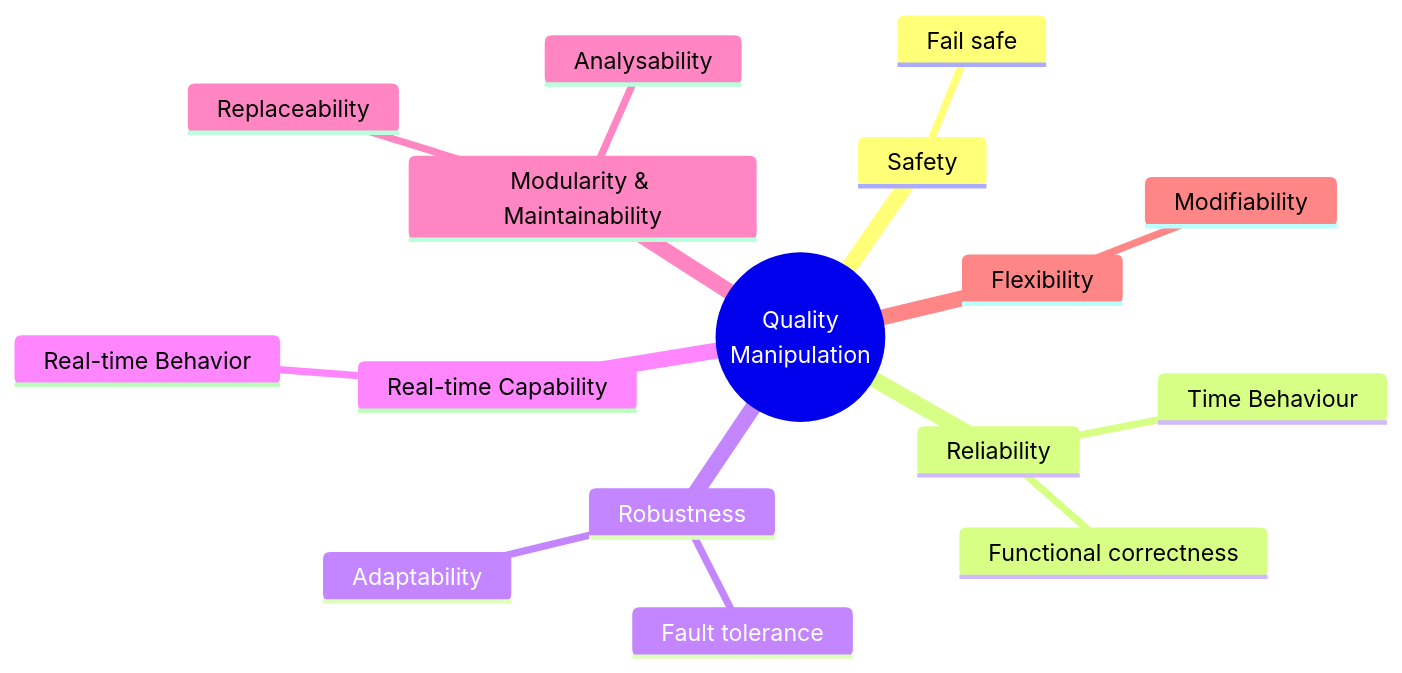
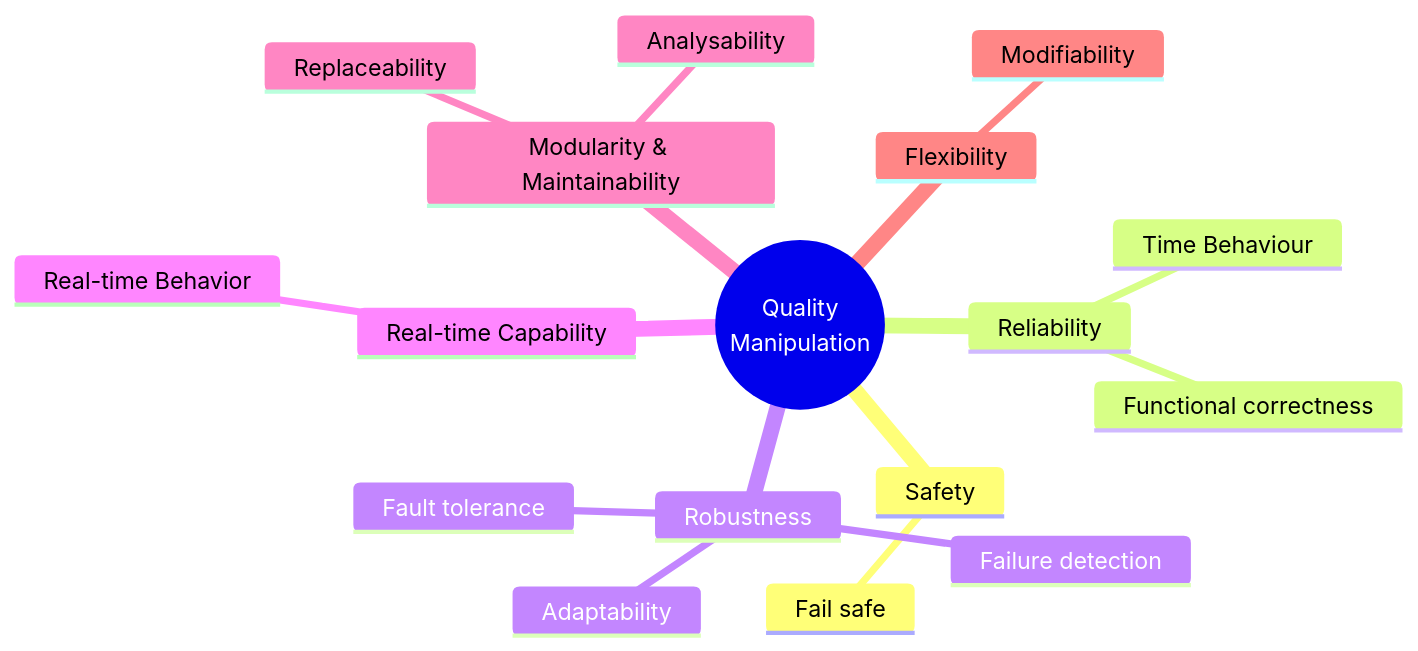
One commit to una-auxme/arlab changed the fourth of 6 diagrams in doc/09. Quality Requirements.md. Above: the diagram before and after it, drawn with Mermaid. The commit also changed other lines of this file and 13 other files, not shown here.

````diff
--- a/doc/09. Quality Requirements.md
+++ b/doc/09. Quality Requirements.md
@@ -127,20 +127,21 @@
 ```mermaid
 mindmap
   root((Quality
         Manipulation))
     Safety
       Fail safe
     Reliability
       Functional correctness
       Time Behaviour
     Robustness
       Fault tolerance
       Adaptability
+      Failure detection
     Real-time Capability
       Real-time Behavior
     Modularity & Maintainability
       Replaceability
       Analysability
     Flexibility
       Modifiability
 ```
````
